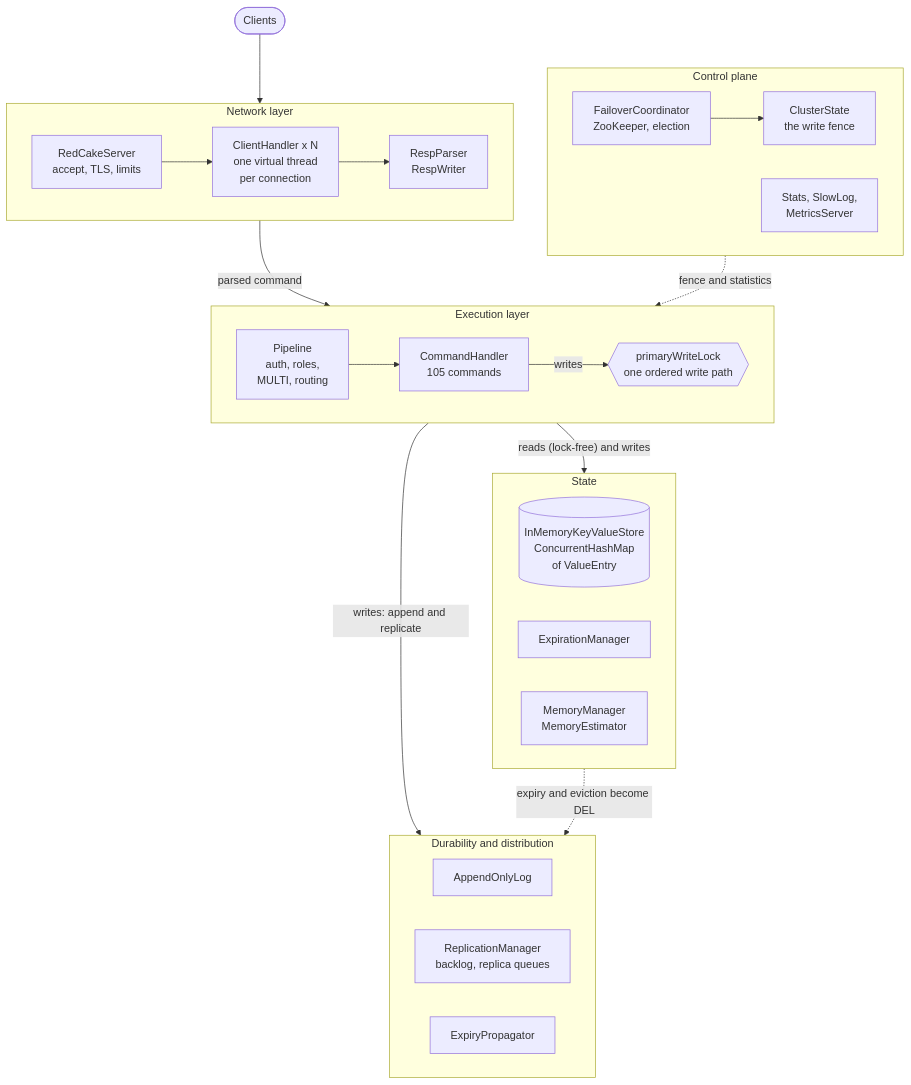
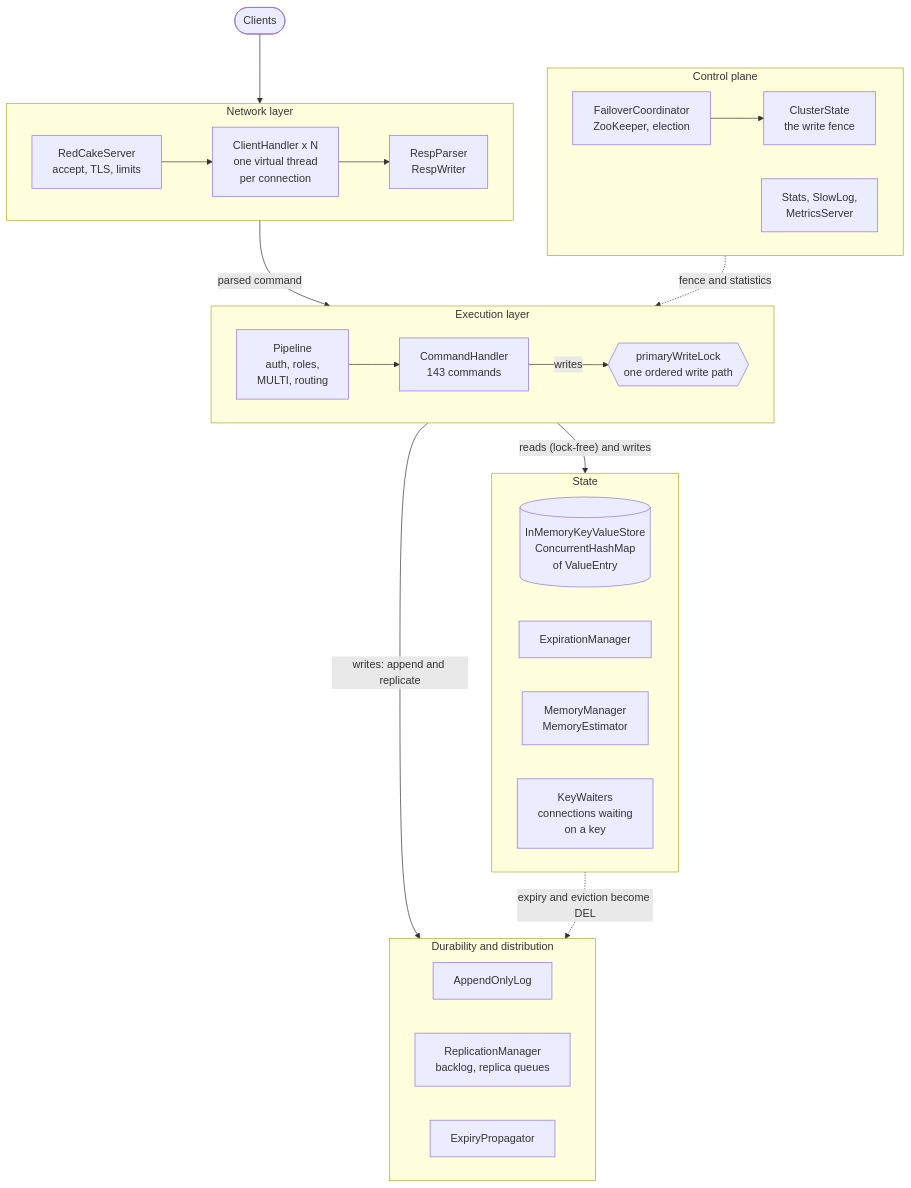
The third of 26 diagrams in README.md (nitesh-narwal/redCake-springboot), drawn with Mermaid before and after one commit. The commit also changed other lines of this file and 11 other files, not shown here.

````diff
--- a/README.md
+++ b/README.md
@@ -339,50 +536,51 @@
 ```mermaid
 flowchart TB
     clients(["Clients"])
 
     subgraph L1["Network layer"]
         direction LR
         acc["RedCakeServer<br/>accept, TLS, limits"]
         ch["ClientHandler x N<br/>one virtual thread<br/>per connection"]
         rp["RespParser<br/>RespWriter"]
         acc --> ch --> rp
     end
 
     subgraph L2["Execution layer"]
         direction LR
         pipe["Pipeline<br/>auth, roles,<br/>MULTI, routing"]
-        reg["CommandHandler<br/>105 commands"]
+        reg["CommandHandler<br/>143 commands"]
         wl{{"primaryWriteLock<br/>one ordered write path"}}
         pipe --> reg
         reg -->|writes| wl
     end
 
     subgraph L3["State"]
         direction LR
         kv[("InMemoryKeyValueStore<br/>ConcurrentHashMap<br/>of ValueEntry")]
         exp["ExpirationManager"]
         mm["MemoryManager<br/>MemoryEstimator"]
+        kw["KeyWaiters<br/>connections waiting<br/>on a key"]
     end
 
     subgraph L4["Durability and distribution"]
         direction LR
         aof["AppendOnlyLog"]
         rm["ReplicationManager<br/>backlog, replica queues"]
         ep["ExpiryPropagator"]
     end
 
     subgraph L5["Control plane"]
         direction LR
         cs["ClusterState<br/>the write fence"]
         fc["FailoverCoordinator<br/>ZooKeeper, election"]
         obs["Stats, SlowLog,<br/>MetricsServer"]
         fc --> cs
     end
 
     clients --> L1
     L1 -->|"parsed command"| L2
     L2 -->|"reads (lock-free) and writes"| L3
     L2 -->|"writes: append and replicate"| L4
     L3 -.->|"expiry and eviction become DEL"| L4
     L5 -.->|"fence and statistics"| L2
 ```
````
